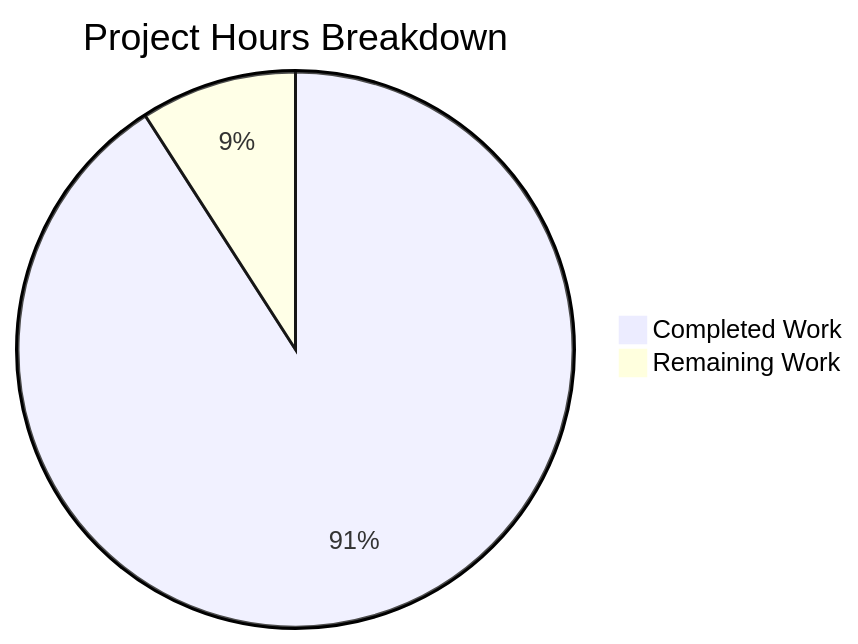
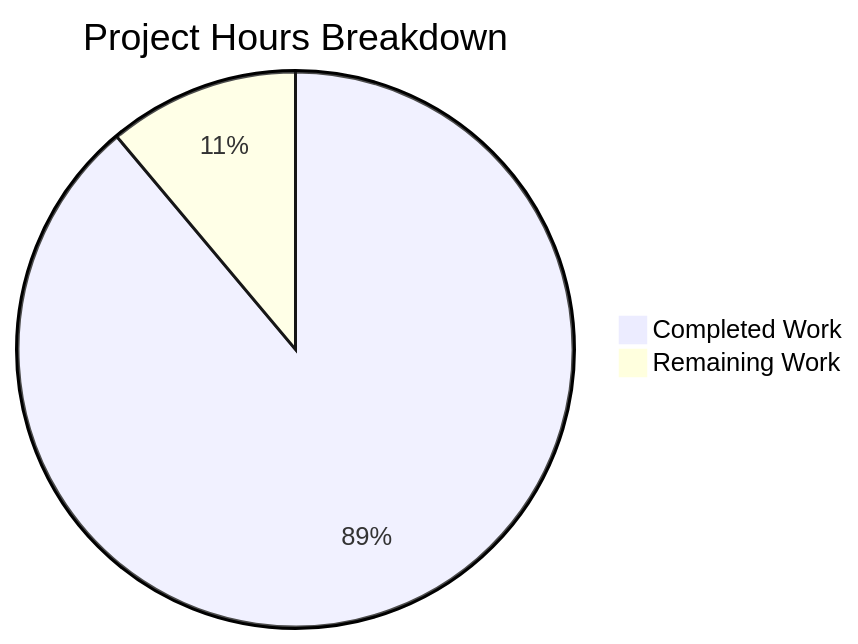
Before and after one commit to sudhanshu-spec/test-spec: the first of 2 diagrams in blitzy/documentation/Project Guide.md, drawn with Mermaid. The commit also changed other lines of this file, not shown here.

````diff
--- a/blitzy/documentation/Project Guide.md
+++ b/blitzy/documentation/Project Guide.md
@@ -23,5 +53,5 @@
 ```mermaid
 pie title Project Hours Breakdown
-    "Completed Work" : 10
+    "Completed Work" : 8
     "Remaining Work" : 1
 ```
````
